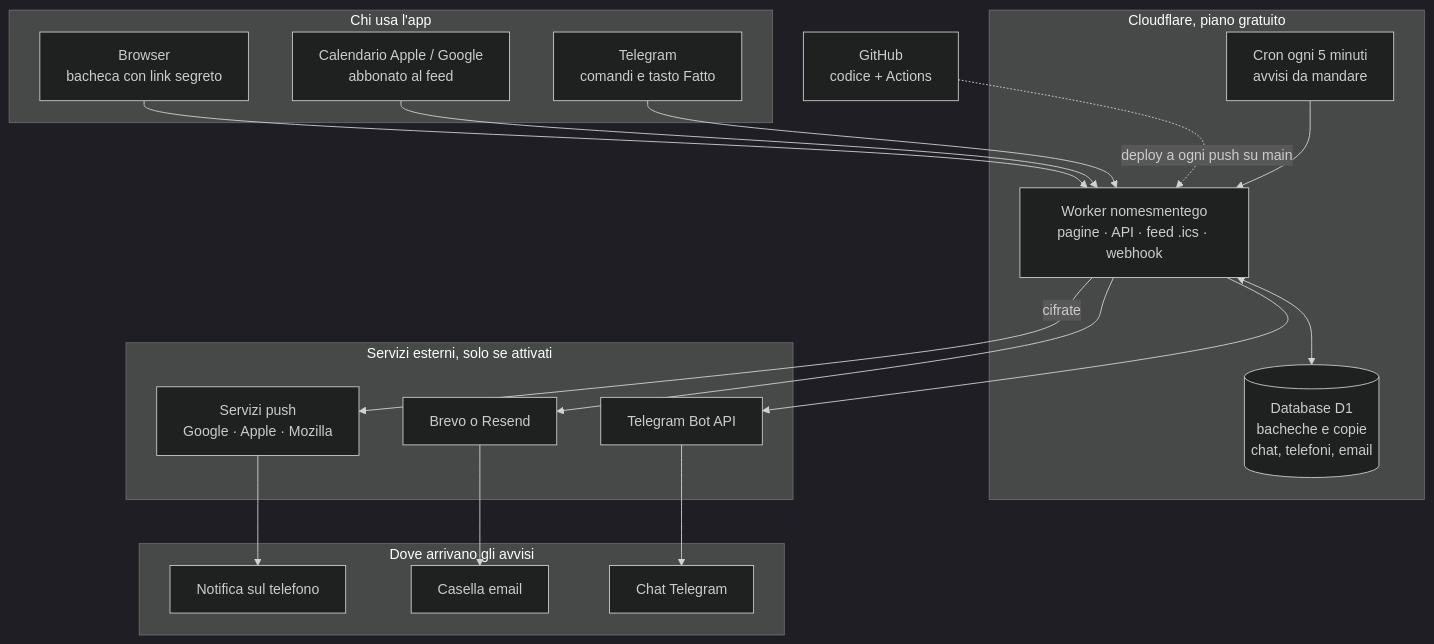
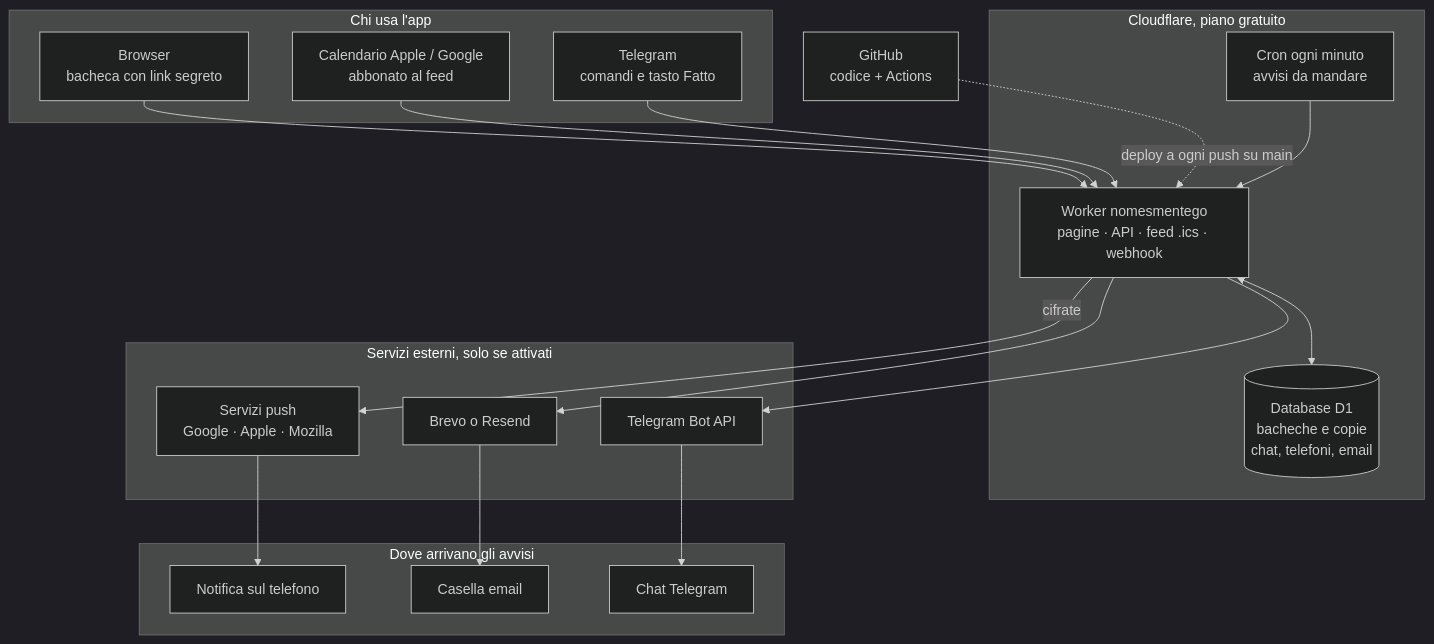
Before and after one commit to carlobirne/nomesmentego: the diagram in README.md, drawn with Mermaid (dark theme). The commit also changed other lines of this file and 3 other files, not shown here.

First line of the commit message:
Avvisi più puntuali: il giro di invio parte ogni minuto, e l'app lo dice (#30)

````diff
--- a/README.md
+++ b/README.md
@@ -50,33 +50,33 @@
 ```mermaid
 flowchart TB
   GH["GitHub<br/>codice + Actions"]
   subgraph U["Chi usa l'app"]
     BR["Browser<br/>bacheca con link segreto"]
     CAL["Calendario Apple / Google<br/>abbonato al feed"]
     TGU["Telegram<br/>comandi e tasto Fatto"]
   end
   subgraph CF["Cloudflare, piano gratuito"]
     W["Worker nomesmentego<br/>pagine · API · feed .ics · webhook"]
     D1[("Database D1<br/>bacheche e copie<br/>chat, telefoni, email")]
-    CRON["Cron ogni 5 minuti<br/>avvisi da mandare"]
+    CRON["Cron ogni minuto<br/>avvisi da mandare"]
   end
   subgraph E["Servizi esterni, solo se attivati"]
     TAPI["Telegram Bot API"]
     BREVO["Brevo o Resend"]
     PUSH["Servizi push<br/>Google · Apple · Mozilla"]
   end
   subgraph A["Dove arrivano gli avvisi"]
     TGA["Chat Telegram"]
     MAIL["Casella email"]
     NOT["Notifica sul telefono"]
   end
   GH -. "deploy a ogni push su main" .-> W
   BR --> W
   CAL --> W
   TGU --> W
   W <--> D1
   CRON --> W
   W --> TAPI --> TGA
   W --> BREVO --> MAIL
   W -- "cifrate" --> PUSH --> NOT
 ```
````
